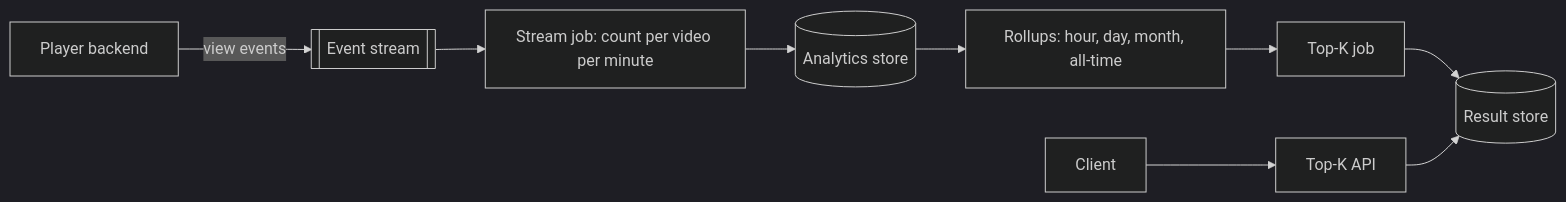
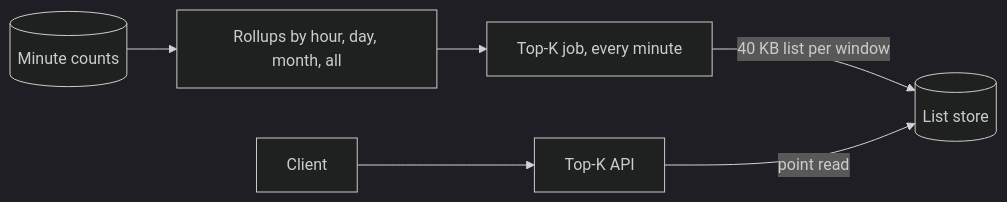
Before and after one commit to spabolu/system-design-modern: the sixth of 10 diagrams in docs/06-case-studies/top-k-leaderboard.md, drawn with Mermaid (dark theme). The commit also changed other lines of this file, not shown here.

First line of the commit message:
Rewrite top k leaderboard case study as a mock interview

````diff
--- a/docs/06-case-studies/top-k-leaderboard.md
+++ b/docs/06-case-studies/top-k-leaderboard.md
@@ -65,11 +227,8 @@
 ```mermaid
 flowchart LR
-  P[Player backend] -->|"view events"| S[[Event stream]]
-  S --> AGG["Stream job: count per video per minute"]
-  AGG --> AS[(Analytics store)]
-  AS --> RU["Rollups: hour, day, month, all-time"]
-  RU --> TK["Top-K job"]
-  TK --> RS[(Result store)]
+  MC[("Minute counts")] --> RU["Rollups by hour, day, month, all"]
+  RU --> TJ["Top-K job, every minute"]
+  TJ -->|"40 KB list per window"| LS[("List store")]
   C[Client] --> API[Top-K API]
-  API --> RS
+  API -->|"point read"| LS
 ```
````
